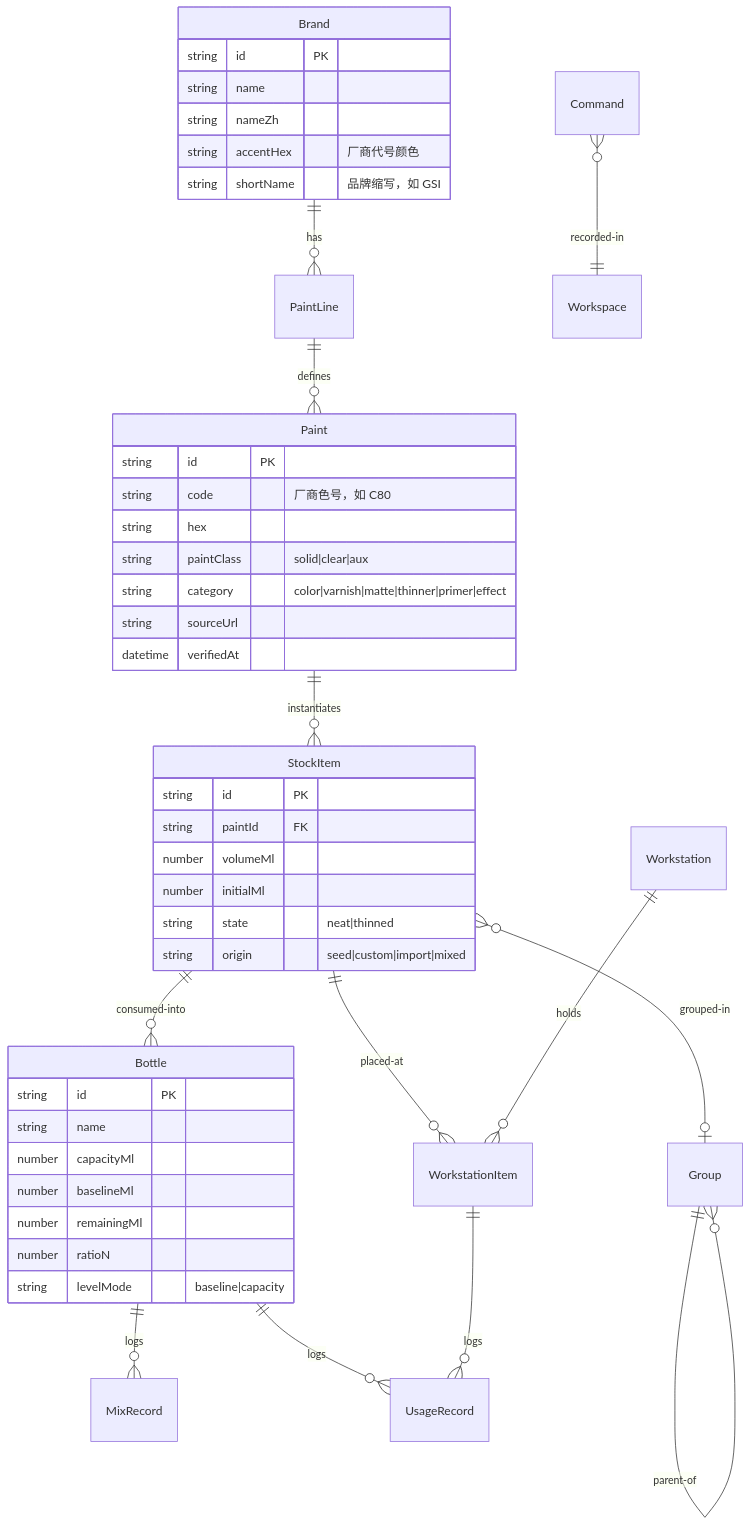
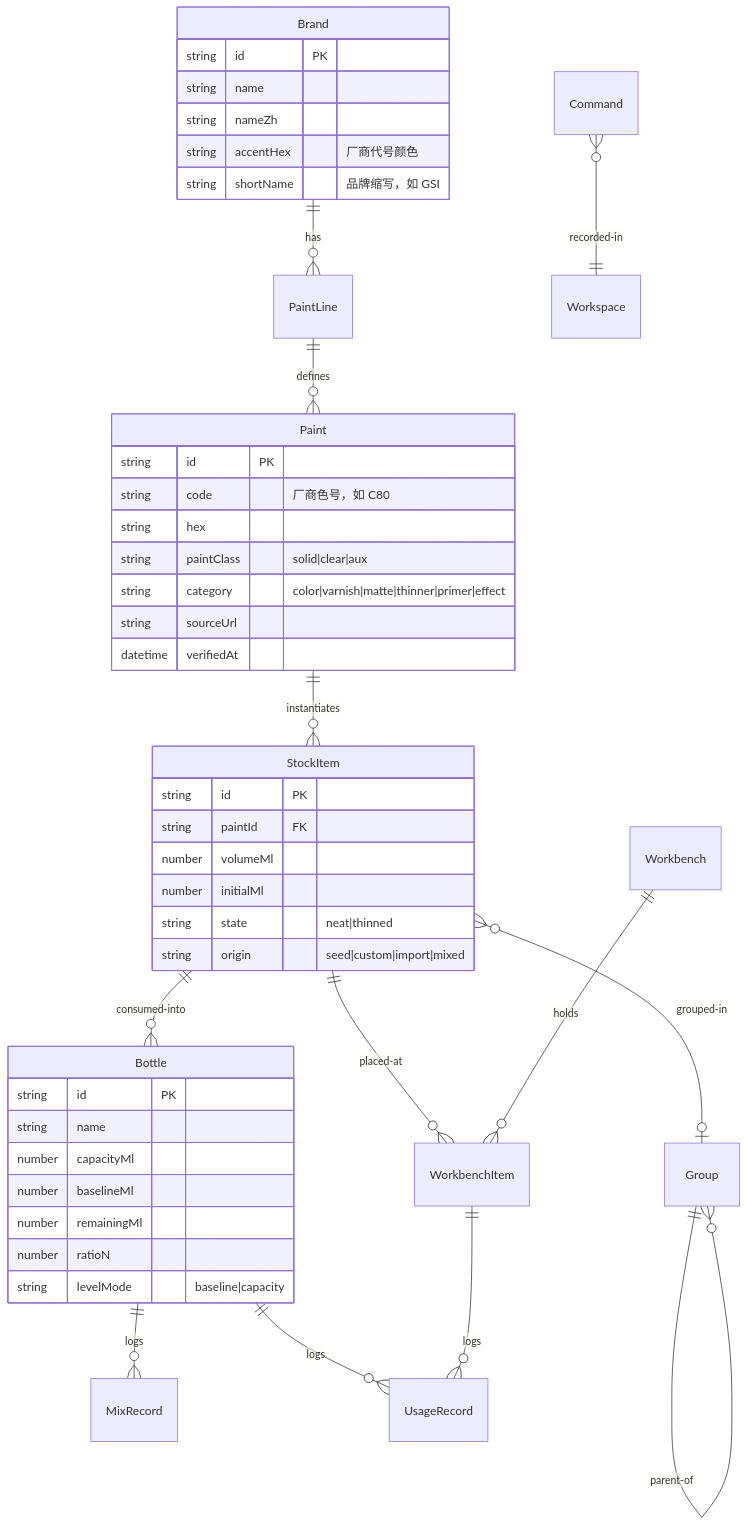
The first of 4 diagrams in docs/漆料管理软件-项目设计描述书.md (Anserss/paintlab), drawn with Mermaid before and after one commit. The commit also changed other lines of this file and 86 other files, not shown here.

````diff
--- a/docs/漆料管理软件-项目设计描述书.md
+++ b/docs/漆料管理软件-项目设计描述书.md
@@ -139,49 +139,49 @@
 ```mermaid
 erDiagram
     Brand ||--o{ PaintLine : has
     PaintLine ||--o{ Paint : defines
     Paint ||--o{ StockItem : instantiates
     StockItem }o--o| Group : grouped-in
     Group ||--o{ Group : parent-of
-    StockItem ||--o{ WorkstationItem : placed-at
-    Workstation ||--o{ WorkstationItem : holds
+    StockItem ||--o{ WorkbenchItem : placed-at
+    Workbench ||--o{ WorkbenchItem : holds
     StockItem ||--o{ Bottle : consumed-into
     Bottle ||--o{ MixRecord : logs
     Bottle ||--o{ UsageRecord : logs
-    WorkstationItem ||--o{ UsageRecord : logs
+    WorkbenchItem ||--o{ UsageRecord : logs
     Command }o--|| Workspace : recorded-in
 
     Brand {
       string id PK
       string name
       string nameZh
       string accentHex "厂商代号颜色"
       string shortName "品牌缩写，如 GSI"
     }
     Paint {
       string id PK
       string code "厂商色号，如 C80"
       string hex
       string paintClass "solid|clear|aux"
       string category "color|varnish|matte|thinner|primer|effect"
       string sourceUrl
       datetime verifiedAt
     }
     StockItem {
       string id PK
       string paintId FK
       number volumeMl
       number initialMl
       string state "neat|thinned"
       string origin "seed|custom|import|mixed"
     }
     Bottle {
       string id PK
       string name
       number capacityMl
       number baselineMl
       number remainingMl
       number ratioN
       string levelMode "baseline|capacity"
     }
 ```
````
